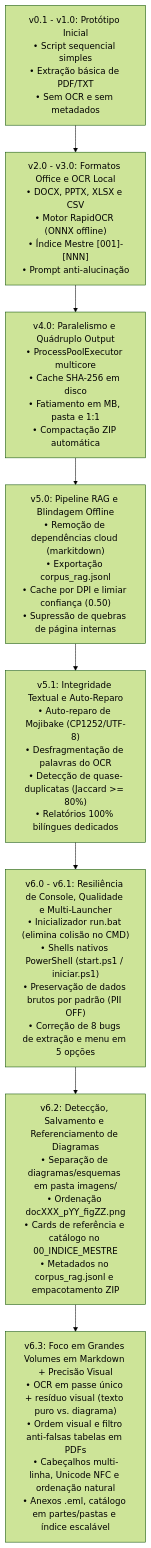
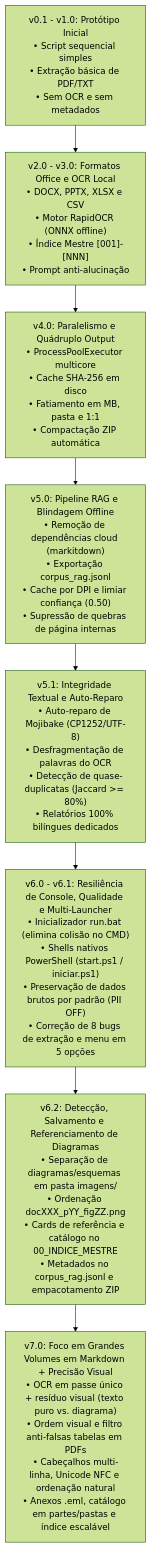
One commit to marceloasl99/local-doc-consolidator changed the diagram in HISTORICO_E_ESTADO_ATUAL.md. Above: the diagram before and after it, drawn with Mermaid (forest theme). The commit also changed other lines of this file and 8 other files, not shown here.

````diff
--- a/HISTORICO_E_ESTADO_ATUAL.md
+++ b/HISTORICO_E_ESTADO_ATUAL.md
@@ -25,13 +25,13 @@
 ```mermaid
 flowchart TD
     v0["v0.1 - v1.0: Protótipo Inicial<br/>• Script sequencial simples<br/>• Extração básica de PDF/TXT<br/>• Sem OCR e sem metadados"]
     v2["v2.0 - v3.0: Formatos Office e OCR Local<br/>• DOCX, PPTX, XLSX e CSV<br/>• Motor RapidOCR (ONNX offline)<br/>• Índice Mestre [001]-[NNN]<br/>• Prompt anti-alucinação"]
     v4["v4.0: Paralelismo e Quádruplo Output<br/>• ProcessPoolExecutor multicore<br/>• Cache SHA-256 em disco<br/>• Fatiamento em MB, pasta e 1:1<br/>• Compactação ZIP automática"]
     v5["v5.0: Pipeline RAG e Blindagem Offline<br/>• Remoção de dependências cloud (markitdown)<br/>• Exportação corpus_rag.jsonl<br/>• Cache por DPI e limiar confiança (0.50)<br/>• Supressão de quebras de página internas"]
     v51["v5.1: Integridade Textual e Auto-Reparo<br/>• Auto-reparo de Mojibake (CP1252/UTF-8)<br/>• Desfragmentação de palavras do OCR<br/>• Detecção de quase-duplicatas (Jaccard >= 80%)<br/>• Relatórios 100% bilíngues dedicados"]
     v6["v6.0 - v6.1: Resiliência de Console, Qualidade e Multi-Launcher<br/>• Inicializador run.bat (elimina colisão no CMD)<br/>• Shells nativos PowerShell (start.ps1 / iniciar.ps1)<br/>• Preservação de dados brutos por padrão (PII OFF)<br/>• Correção de 8 bugs de extração e menu em 5 opções"]
     v62["v6.2: Detecção, Salvamento e Referenciamento de Diagramas<br/>• Separação de diagramas/esquemas em pasta imagens/<br/>• Ordenação docXXX_pYY_figZZ.png<br/>• Cards de referência e catálogo no 00_INDICE_MESTRE<br/>• Metadados no corpus_rag.jsonl e empacotamento ZIP"]
-    v63["v6.3: Foco em Grandes Volumes em Markdown + Precisão Visual<br/>• OCR em passe único + resíduo visual (texto puro vs. diagrama)<br/>• Ordem visual e filtro anti-falsas tabelas em PDFs<br/>• Cabeçalhos multi-linha, Unicode NFC e ordenação natural<br/>• Anexos .eml, catálogo em partes/pastas e índice escalável"]
+    v70["v7.0: Foco em Grandes Volumes em Markdown + Precisão Visual<br/>• OCR em passe único + resíduo visual (texto puro vs. diagrama)<br/>• Ordem visual e filtro anti-falsas tabelas em PDFs<br/>• Cabeçalhos multi-linha, Unicode NFC e ordenação natural<br/>• Anexos .eml, catálogo em partes/pastas e índice escalável"]
 
-    v0 --> v2 --> v4 --> v5 --> v51 --> v6 --> v62 --> v63
+    v0 --> v2 --> v4 --> v5 --> v51 --> v6 --> v62 --> v70
 ```
````
